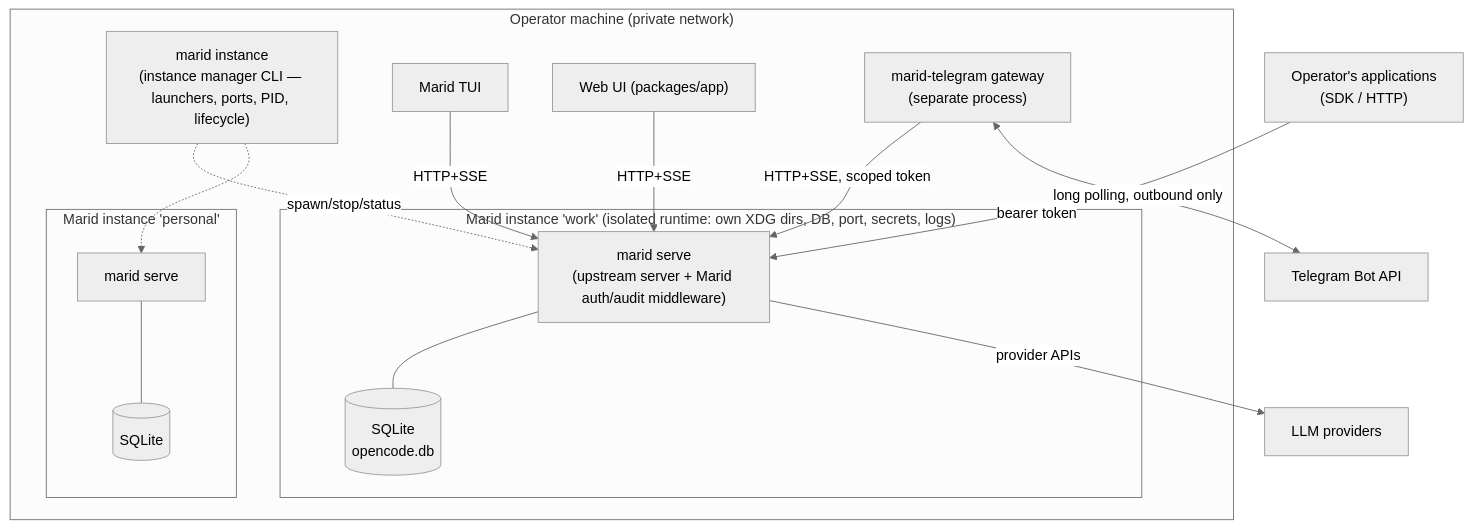
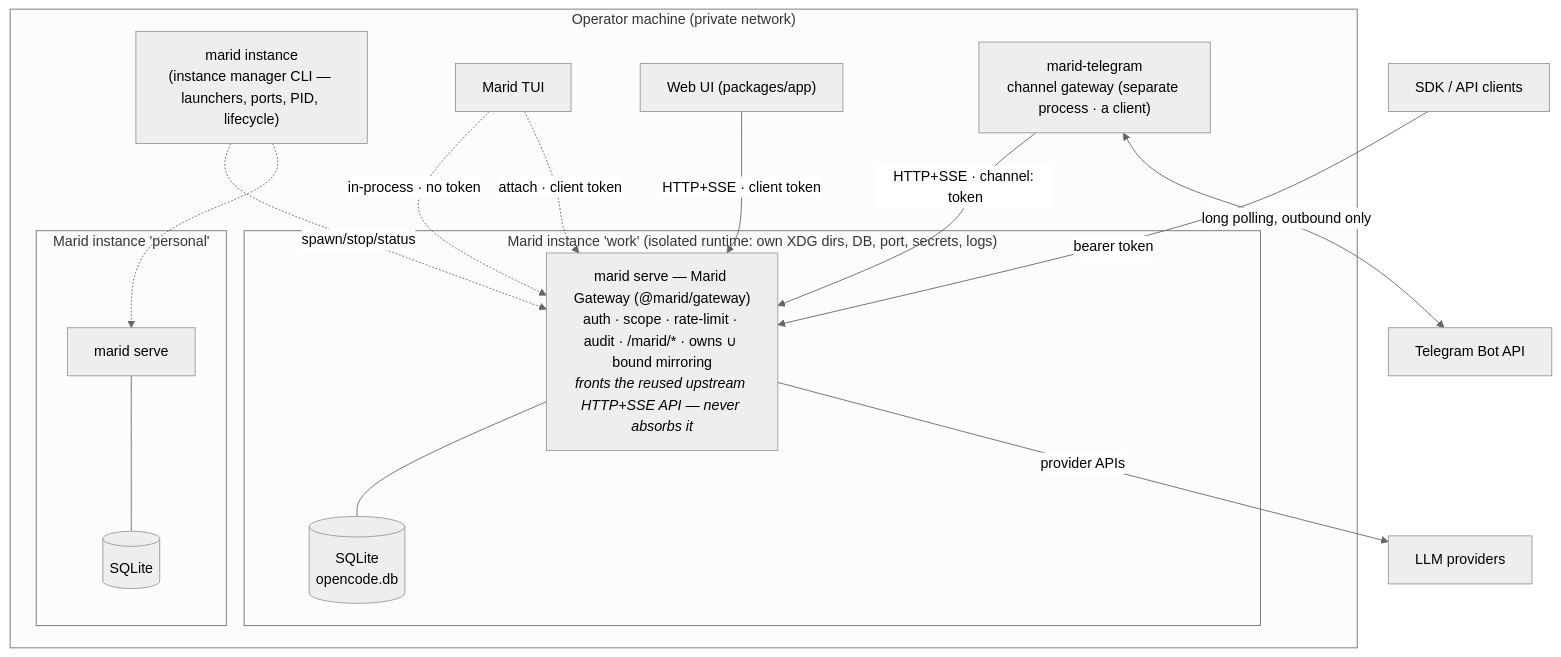
The first of 2 diagrams in docs/architecture/architecture.md (A-H-911/marid), drawn with Mermaid (neutral theme) before and after one commit. The commit also changed other lines of this file and 18 other files, not shown here.

First line of the commit message:
docs(ph6): gateway/channel-gateway diagram disambiguation (#51)

````diff
--- a/docs/architecture/architecture.md
+++ b/docs/architecture/architecture.md
@@ -29,22 +29,23 @@
 ```mermaid
 graph TB
     subgraph machine["Operator machine (private network)"]
         subgraph inst1["Marid instance 'work' (isolated runtime: own XDG dirs, DB, port, secrets, logs)"]
-            S1["marid serve<br/>(upstream server + Marid auth/audit middleware)"]
+            S1["marid serve — Marid Gateway (@marid/gateway)<br/>auth · scope · rate-limit · audit · /marid/* · owns ∪ bound mirroring<br/><i>fronts the reused upstream HTTP+SSE API — never absorbs it</i>"]
             DB1[("SQLite<br/>opencode.db")]
             S1 --- DB1
         end
         subgraph inst2["Marid instance 'personal'"]
             S2["marid serve"] --- DB2[("SQLite")]
         end
         IM["marid instance<br/>(instance manager CLI — launchers, ports, PID, lifecycle)"]
-        TUI["Marid TUI"] -->|HTTP+SSE| S1
-        WEB["Web UI (packages/app)"] -->|HTTP+SSE| S1
-        TG["marid-telegram gateway<br/>(separate process)"] -->|HTTP+SSE, scoped token| S1
+        TUI["Marid TUI"] -.->|"in-process · no token"| S1
+        TUI -.->|"attach · client token"| S1
+        WEB["Web UI (packages/app)"] -->|"HTTP+SSE · client token"| S1
+        TG["marid-telegram<br/>channel gateway (separate process · a client)"] -->|"HTTP+SSE · channel: token"| S1
         IM -.->|spawn/stop/status| S1
         IM -.-> S2
     end
-    APPS["Operator's applications<br/>(SDK / HTTP)"] -->|bearer token| S1
+    APPS["SDK / API clients"] -->|"bearer token"| S1
     TG <-->|long polling, outbound only| TGAPI["Telegram Bot API"]
     S1 -->|provider APIs| LLM["LLM providers"]
 ```
````
